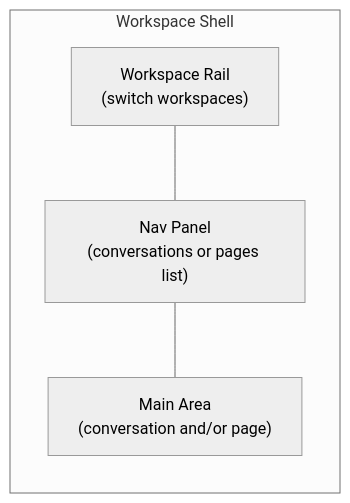
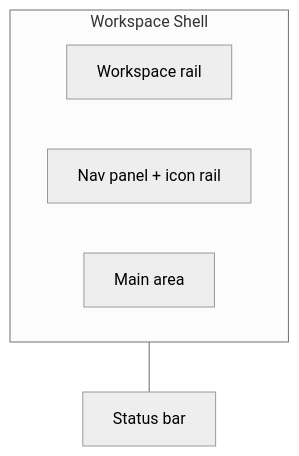
The diagram in docs/interface/user_interface.md (carlos-tamarind/tamarind-app), drawn with Mermaid (neutral theme) before and after one commit. The commit also changed other lines of this file and 12 other files, not shown here.

````diff
--- a/docs/interface/user_interface.md
+++ b/docs/interface/user_interface.md
@@ -9,10 +9,11 @@
 ```mermaid
-flowchart LR
+flowchart TB
   subgraph shell [Workspace Shell]
-    Rail["Workspace Rail\n(switch workspaces)"]
-    Nav["Nav Panel\n(conversations or pages list)"]
-    Main["Main Area\n(conversation and/or page)"]
+    direction LR
+    Rail["Workspace rail"]
+    Nav["Nav panel + icon rail"]
+    Main["Main area"]
   end
-
-  Rail --- Nav --- Main
+  Status["Status bar"]
+  shell --- Status
 ```
````
